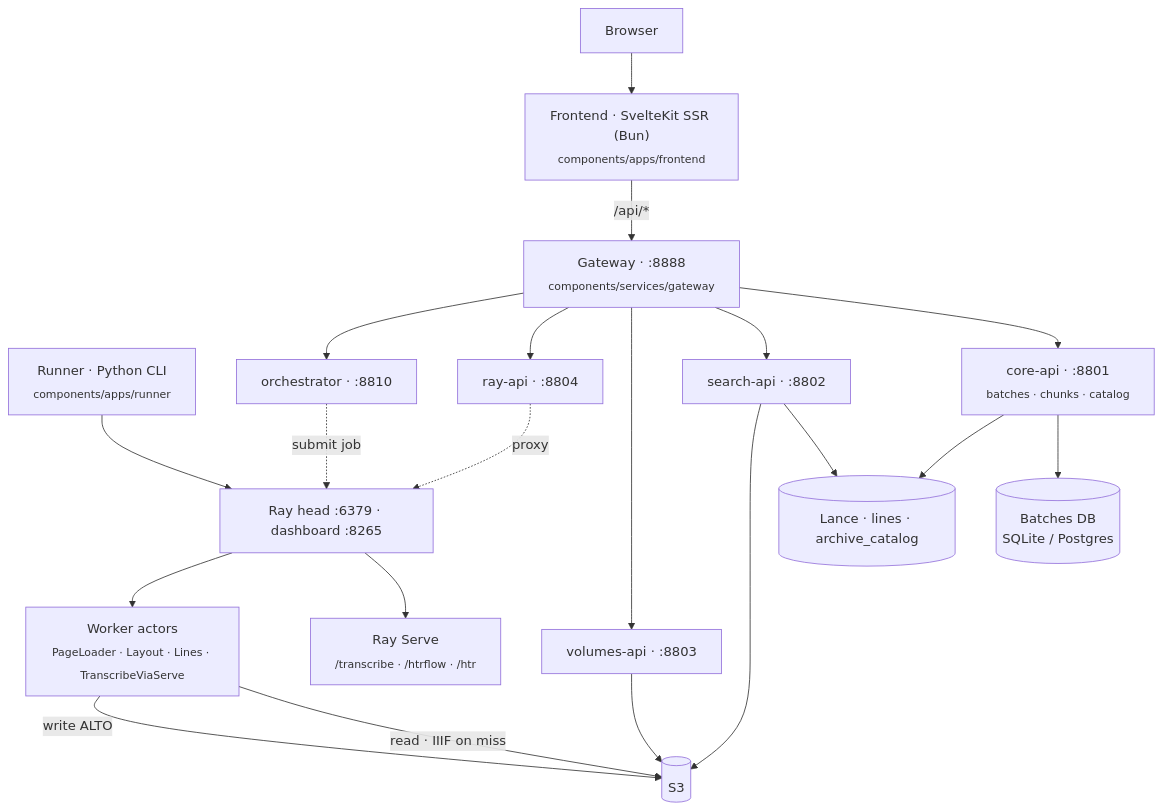
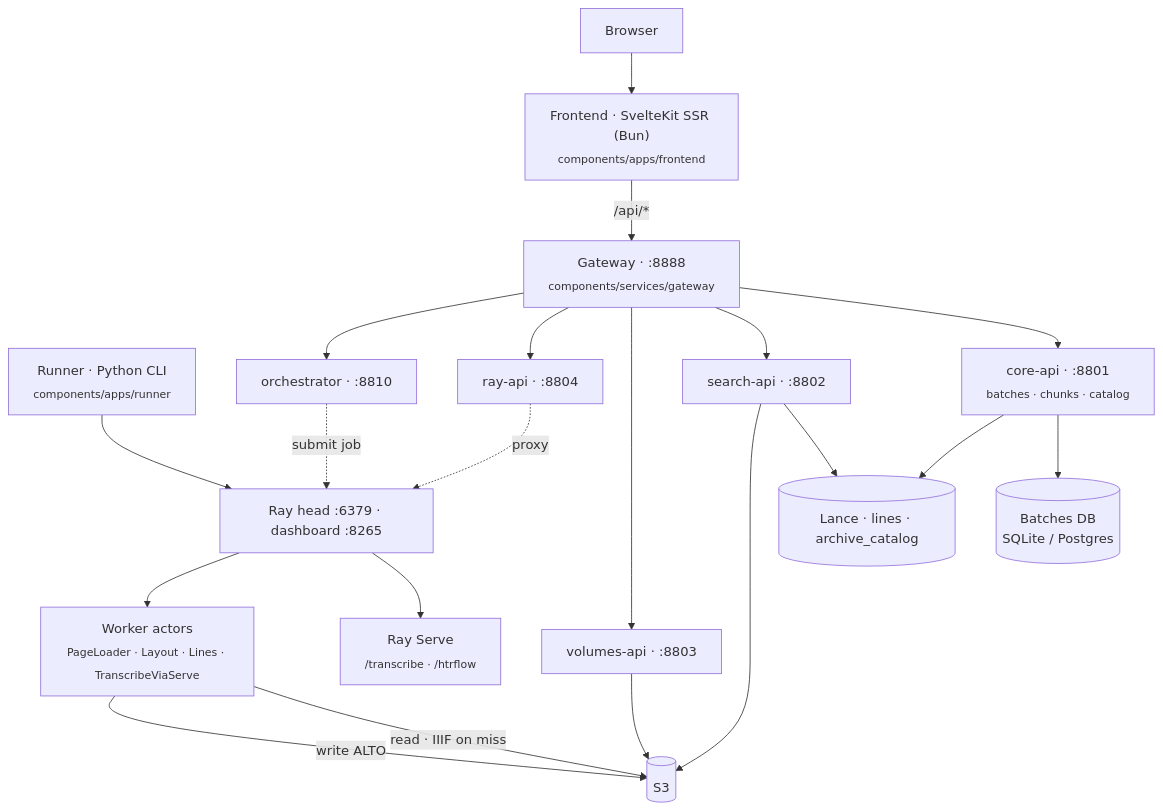
The diagram in docs/architecture/index.md (AI-Riksarkivet/rask), drawn with Mermaid before and after one commit. The commit also changed other lines of this file and 14 other files, not shown here.

````diff
--- a/docs/architecture/index.md
+++ b/docs/architecture/index.md
@@ -26,22 +27,22 @@
 ```mermaid
 flowchart TB
     browser["Browser"] --> spa["Frontend · SvelteKit SSR (Bun)<br/><sub>components/apps/frontend</sub>"]
     spa -->|"/api/*"| gw["Gateway · :8888<br/><sub>components/services/gateway</sub>"]
     cli["Runner · Python CLI<br/><sub>components/apps/runner</sub>"] --> head
     gw --> core["core-api · :8801<br/><sub>batches · chunks · catalog</sub>"]
     gw --> search["search-api · :8802"]
     gw --> volumes["volumes-api · :8803"]
     gw --> rayapi["ray-api · :8804"]
     gw --> orch["orchestrator · :8810"]
     core --> db[("Batches DB<br/>SQLite / Postgres")]
     core --> lance[("Lance · lines · archive_catalog")]
     search --> lance
     search --> s3[("S3")]
     volumes --> s3
     rayapi -.->|proxy| head["Ray head :6379 · dashboard :8265"]
     orch -.->|submit job| head
-    head --> serve["Ray Serve<br/><sub>/transcribe · /htrflow · /htr</sub>"]
+    head --> serve["Ray Serve<br/><sub>/transcribe · /htrflow</sub>"]
     head --> workers["Worker actors<br/><sub>PageLoader · Layout · Lines · TranscribeViaServe</sub>"]
     workers -->|read · IIIF on miss| s3
     workers -->|write ALTO| s3
 ```
````
